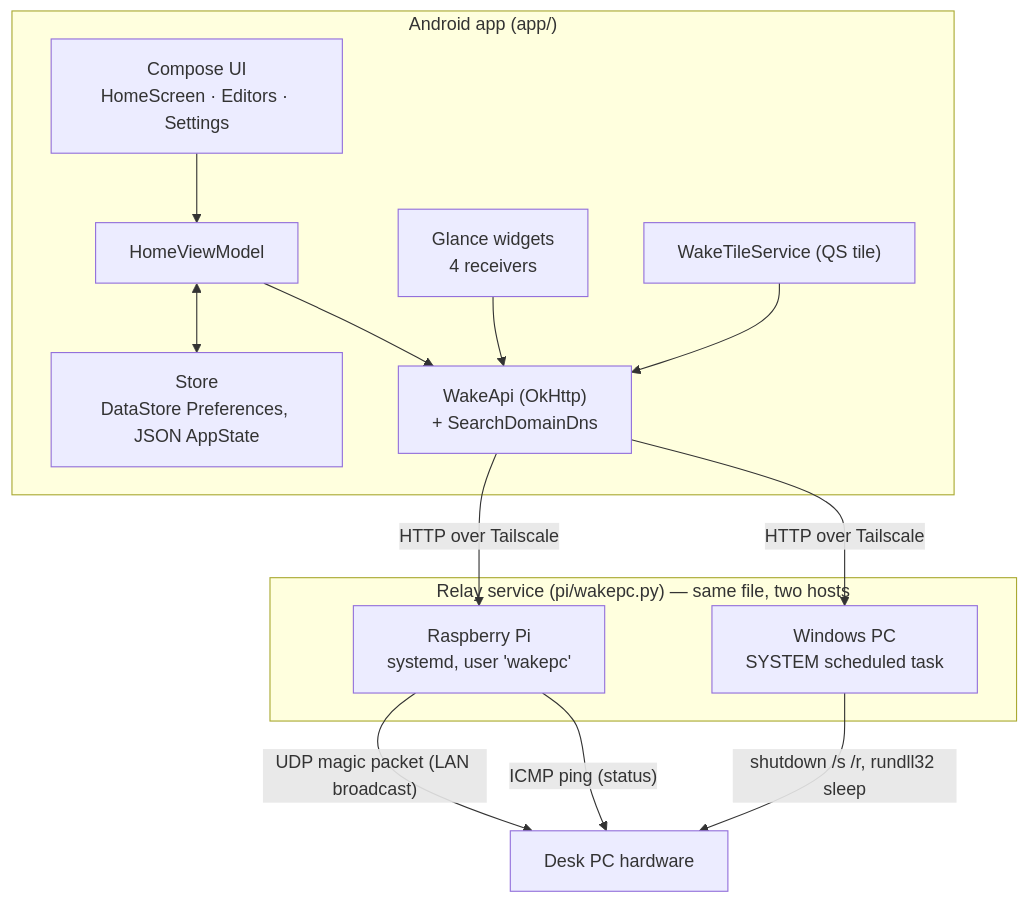
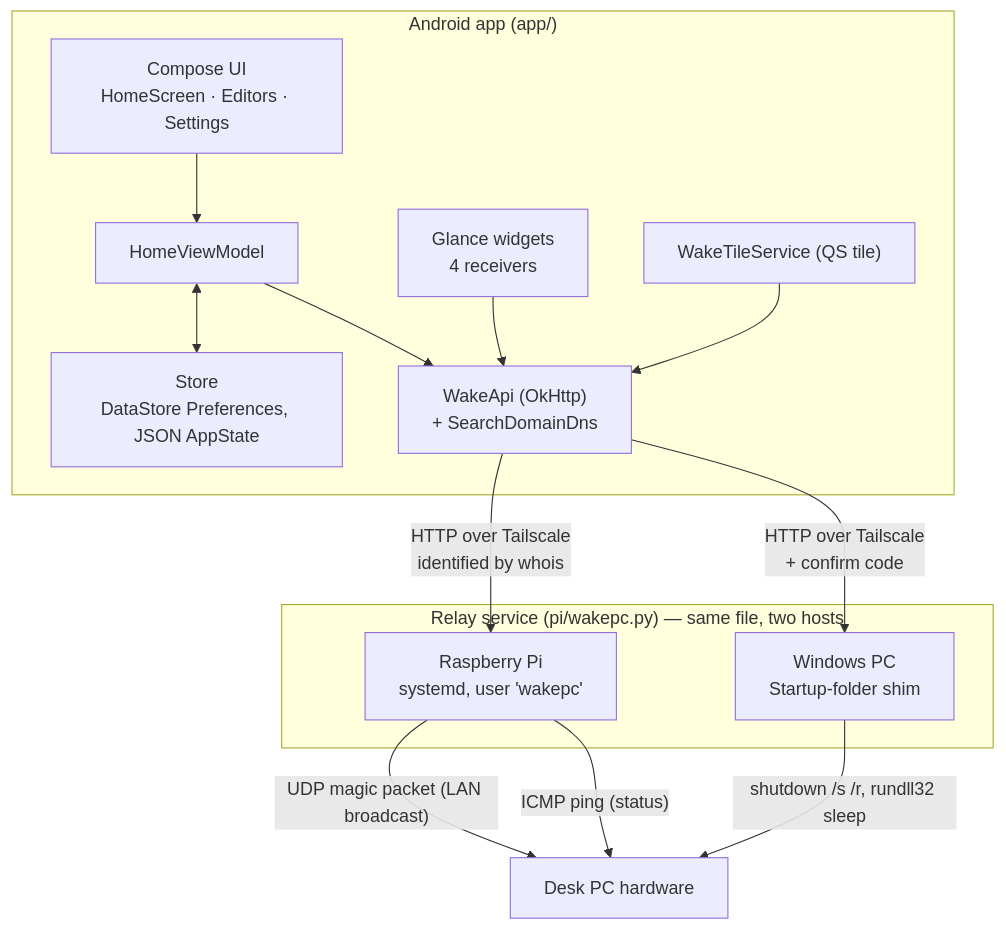
The diagram in docs/ENGINEERING.md (Bunbob41/WakePC), drawn with Mermaid before and after one commit. The commit also changed other lines of this file and 18 other files, not shown here.

````diff
--- a/docs/ENGINEERING.md
+++ b/docs/ENGINEERING.md
@@ -8,25 +8,25 @@
 ```mermaid
 flowchart TB
     subgraph android["Android app (app/)"]
         UI["Compose UI<br/>HomeScreen · Editors · Settings"]
         VM["HomeViewModel"]
         STORE["Store<br/>DataStore Preferences, JSON AppState"]
         API["WakeApi (OkHttp)<br/>+ SearchDomainDns"]
         W["Glance widgets<br/>4 receivers"]
         TILE["WakeTileService (QS tile)"]
     end
     subgraph relays["Relay service (pi/wakepc.py) — same file, two hosts"]
         PI["Raspberry Pi<br/>systemd, user 'wakepc'"]
-        PCS["Windows PC<br/>SYSTEM scheduled task"]
+        PCS["Windows PC<br/>Startup-folder shim"]
     end
     PC["Desk PC hardware"]
     UI --> VM --> API
     W --> API
     TILE --> API
     VM <--> STORE
-    API -- "HTTP over Tailscale" --> PI
-    API -- "HTTP over Tailscale" --> PCS
+    API -- "HTTP over Tailscale<br/>identified by whois" --> PI
+    API -- "HTTP over Tailscale<br/>+ confirm code" --> PCS
     PI -- "UDP magic packet (LAN broadcast)" --> PC
     PI -- "ICMP ping (status)" --> PC
     PCS -- "shutdown /s /r, rundll32 sleep" --> PC
 ```
````
